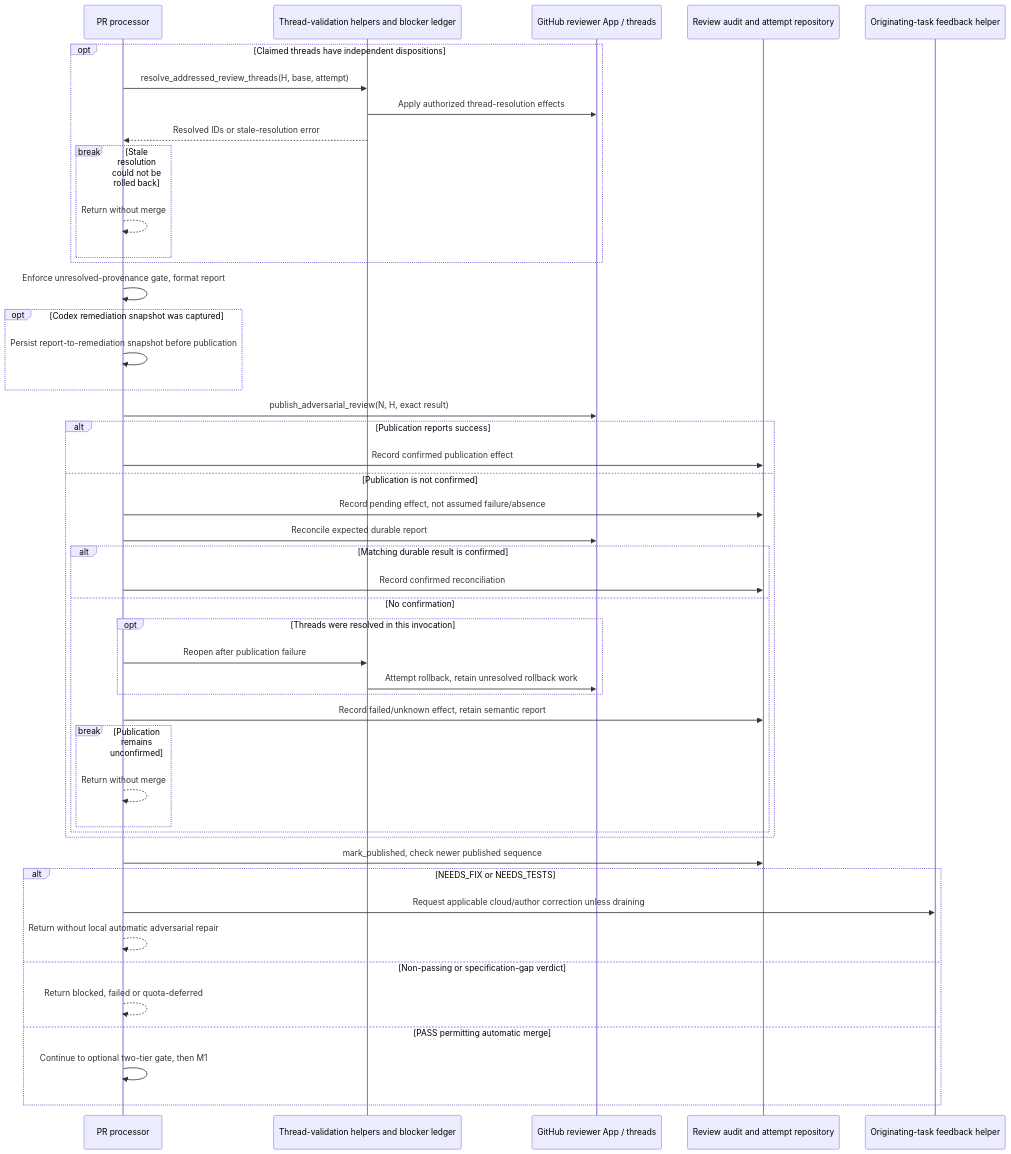
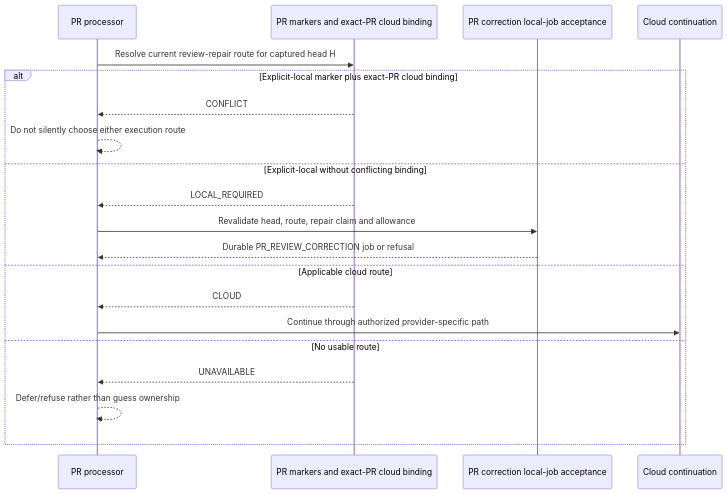
Before and after one commit to kitamura-tetsuo/auto-coder: the second of 3 diagrams in docs/architecture/as-is/pr-adversarial-validation.md, drawn with Mermaid. The commit also changed other lines of this file and 14 other files, not shown here.

First line of the commit message:
docs: refresh as-is sequences and map refactoring boundaries

````diff
--- a/docs/architecture/as-is/pr-adversarial-validation.md
+++ b/docs/architecture/as-is/pr-adversarial-validation.md
@@ -130,48 +32,22 @@
 ```mermaid
 sequenceDiagram
     participant P as PR processor
-    participant T as Thread-validation helpers and blocker ledger
-    participant G as GitHub reviewer App / threads
-    participant A as Review audit and attempt repository
-    participant F as Originating-task feedback helper
-    opt Claimed threads have independent dispositions
-        P->>T: resolve_addressed_review_threads(H, base, attempt)
-        T->>G: Apply authorized thread-resolution effects
-        T-->>P: Resolved IDs or stale-resolution error
-        break Stale resolution could not be rolled back
-            P-->>P: Return without merge
-        end
-    end
-    P->>P: Enforce unresolved-provenance gate, format report
-    opt Codex remediation snapshot was captured
-        P->>P: Persist report-to-remediation snapshot before publication
-    end
-    P->>G: publish_adversarial_review(N, H, exact result)
-    alt Publication reports success
-        P->>A: Record confirmed publication effect
-    else Publication is not confirmed
-        P->>A: Record pending effect, not assumed failure/absence
-        P->>G: Reconcile expected durable report
-        alt Matching durable result is confirmed
-            P->>A: Record confirmed reconciliation
-        else No confirmation
-            opt Threads were resolved in this invocation
-                P->>T: Reopen after publication failure
-                T->>G: Attempt rollback, retain unresolved rollback work
-            end
-            P->>A: Record failed/unknown effect, retain semantic report
-            break Publication remains unconfirmed
-                P-->>P: Return without merge
-            end
-        end
-    end
-    P->>A: mark_published, check newer published sequence
-    alt NEEDS_FIX or NEEDS_TESTS
-        P->>F: Request applicable cloud/author correction unless draining
-        P-->>P: Return without local automatic adversarial repair
-    else Non-passing or specification-gap verdict
-        P-->>P: Return blocked, failed or quota-deferred
-    else PASS permitting automatic merge
-        P->>P: Continue to optional two-tier gate, then M1
+    participant O as PR markers and exact-PR cloud binding
+    participant J as PR correction local-job acceptance
+    participant C as Cloud continuation
+    P->>O: Resolve current review-repair route for captured head H
+    alt Explicit-local marker plus exact-PR cloud binding
+        O-->>P: CONFLICT
+        P-->>P: Do not silently choose either execution route
+    else Explicit-local without conflicting binding
+        O-->>P: LOCAL_REQUIRED
+        P->>J: Revalidate head, route, repair claim and allowance
+        J-->>P: Durable PR_REVIEW_CORRECTION job or refusal
+    else Applicable cloud route
+        O-->>P: CLOUD
+        P->>C: Continue through authorized provider-specific path
+    else No usable route
+        O-->>P: UNAVAILABLE
+        P-->>P: Defer/refuse rather than guess ownership
     end
 ```
````
